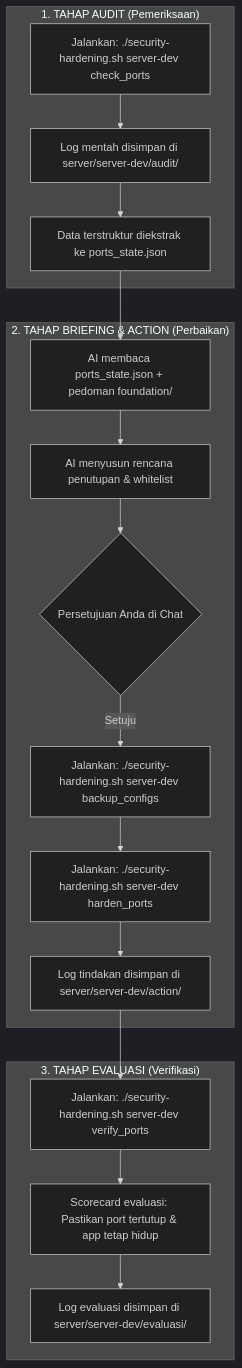
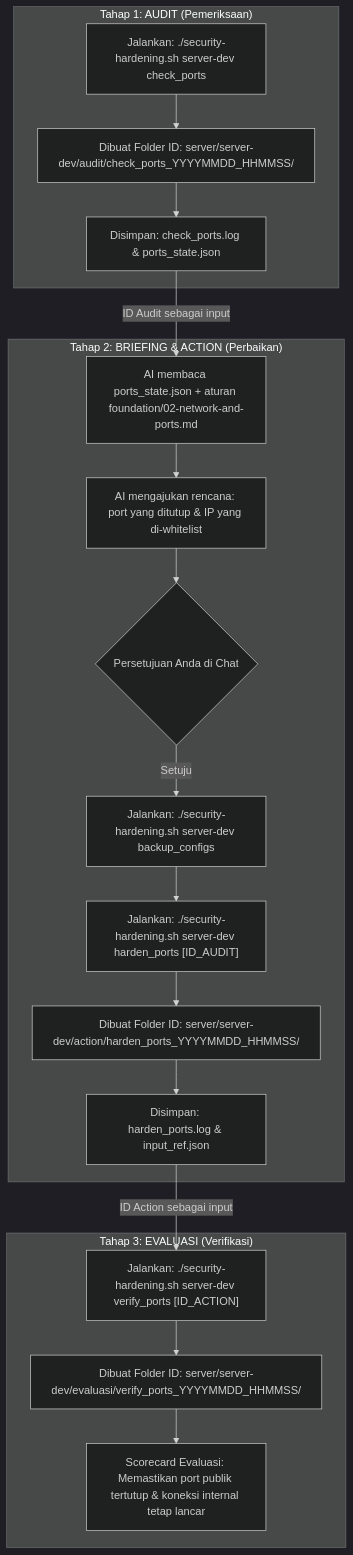
Before and after one commit to mrifala29/security-agent: the diagram in README.md, drawn with Mermaid (dark theme). The commit also changed other lines of this file, not shown here.

Commit message:
docs: complete security hardening flow and directory ID explanation

````diff
--- a/README.md
+++ b/README.md
@@ -92,22 +66,24 @@
 ```mermaid
 flowchart TD
-    subgraph S1["1. TAHAP AUDIT (Pemeriksaan)"]
-        A["Jalankan: ./security-hardening.sh server-dev check_ports"] --> B["Log mentah disimpan di server/server-dev/audit/"]
-        B --> C["Data terstruktur diekstrak ke ports_state.json"]
+    subgraph S1["Tahap 1: AUDIT (Pemeriksaan)"]
+        A["Jalankan: ./security-hardening.sh server-dev check_ports"]
+        A --> B["Dibuat Folder ID: server/server-dev/audit/check_ports_YYYYMMDD_HHMMSS/"]
+        B --> C["Disimpan: check_ports.log & ports_state.json"]
     end
 
-    subgraph S2["2. TAHAP BRIEFING & ACTION (Perbaikan)"]
-        C --> D["AI membaca ports_state.json + pedoman foundation/"]
-        D --> E["AI menyusun rencana penutupan & whitelist"]
+    subgraph S2["Tahap 2: BRIEFING & ACTION (Perbaikan)"]
+        C -->|"ID Audit sebagai input"| D["AI membaca ports_state.json + aturan foundation/02-network-and-ports.md"]
+        D --> E["AI mengajukan rencana: port yang ditutup & IP yang di-whitelist"]
         E --> F{"Persetujuan Anda di Chat"}
         F -- Setuju --> G["Jalankan: ./security-hardening.sh server-dev backup_configs"]
-        G --> H["Jalankan: ./security-hardening.sh server-dev harden_ports"]
-        H --> I["Log tindakan disimpan di server/server-dev/action/"]
+        G --> H["Jalankan: ./security-hardening.sh server-dev harden_ports [ID_AUDIT]"]
+        H --> I["Dibuat Folder ID: server/server-dev/action/harden_ports_YYYYMMDD_HHMMSS/"]
+        I --> J["Disimpan: harden_ports.log & input_ref.json"]
     end
 
-    subgraph S3["3. TAHAP EVALUASI (Verifikasi)"]
-        I --> J["Jalankan: ./security-hardening.sh server-dev verify_ports"]
-        J --> K["Scorecard evaluasi: Pastikan port tertutup & app tetap hidup"]
-        K --> L["Log evaluasi disimpan di server/server-dev/evaluasi/"]
+    subgraph S3["Tahap 3: EVALUASI (Verifikasi)"]
+        J -->|"ID Action sebagai input"| K["Jalankan: ./security-hardening.sh server-dev verify_ports [ID_ACTION]"]
+        K --> L["Dibuat Folder ID: server/server-dev/evaluasi/verify_ports_YYYYMMDD_HHMMSS/"]
+        L --> M["Scorecard Evaluasi: Memastikan port publik tertutup & koneksi internal tetap lancar"]
     end
 ```
````
